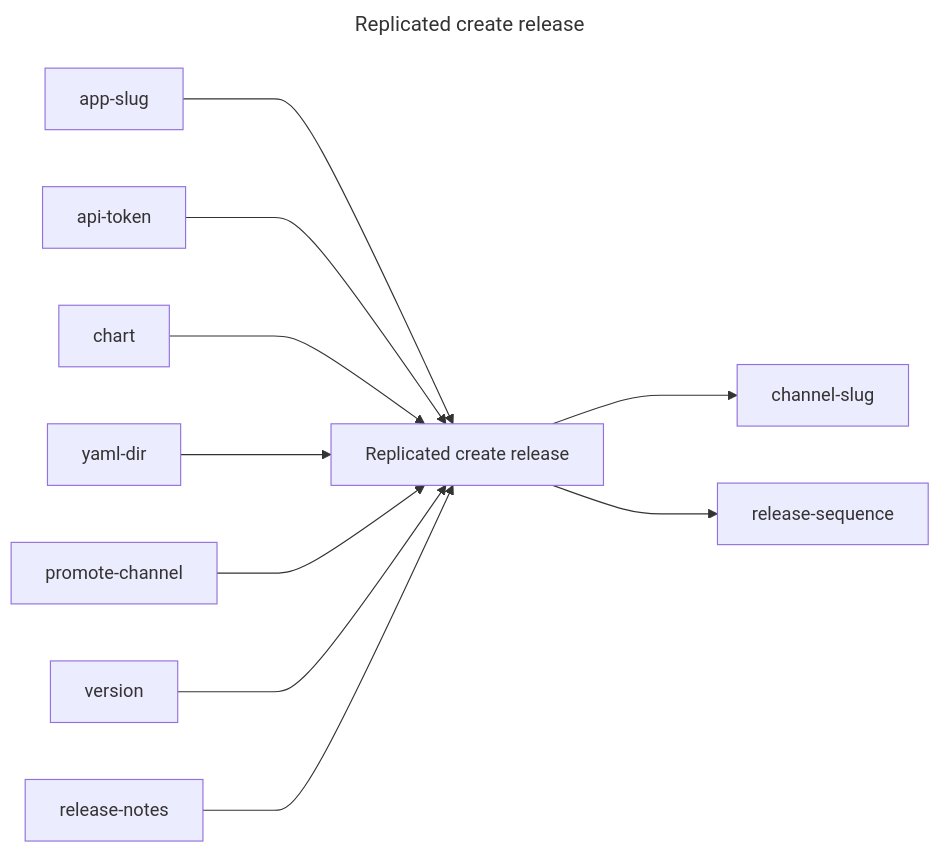
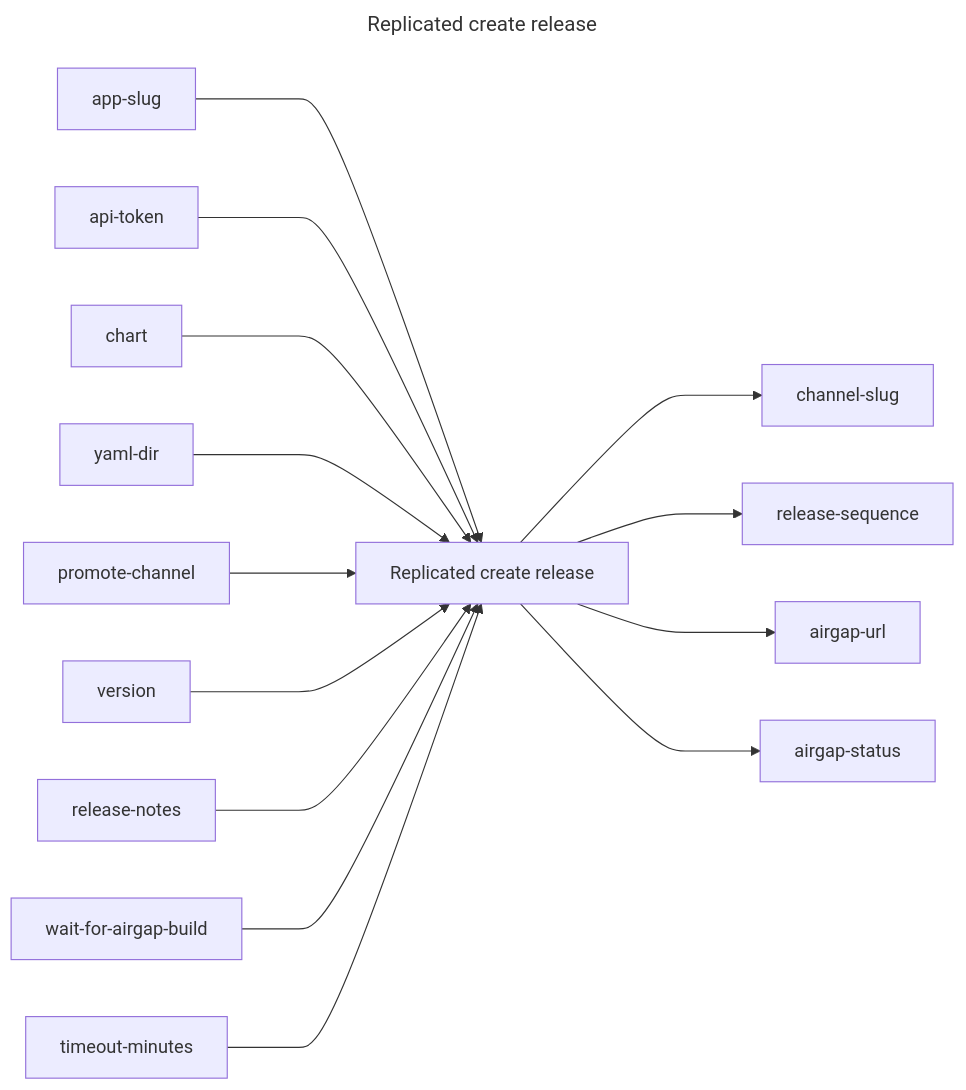
One commit to replicatedhq/replicated-actions changed the diagram in create-release/README.md. Above: the diagram before and after it, drawn with Mermaid. The commit also changed other lines of this file and 25 other files, not shown here.

First line of the commit message:
feat(create-release): add polling for status of airgap build enabled release (#80)

````diff
--- a/create-release/README.md
+++ b/create-release/README.md
@@ -3,25 +3,33 @@
 ```mermaid
 ---
 title: Replicated create release
 ---
 graph LR
 replicated_create_release["Replicated create release"]
 app_slug["app-slug"]
 api_token["api-token"]
 chart["chart"]
 yaml_dir["yaml-dir"]
 promote_channel["promote-channel"]
 version["version"]
 release_notes["release-notes"]
+wait_for_airgap_build["wait-for-airgap-build"]
+timeout_minutes["timeout-minutes"]
 channel_slug["channel-slug"]
 release_sequence["release-sequence"]
+airgap_url["airgap-url"]
+airgap_status["airgap-status"]
 app_slug ---> replicated_create_release
 api_token ---> replicated_create_release
 chart ---> replicated_create_release
 yaml_dir ---> replicated_create_release
 promote_channel ---> replicated_create_release
 version ---> replicated_create_release
 release_notes ---> replicated_create_release
+wait_for_airgap_build ---> replicated_create_release
+timeout_minutes ---> replicated_create_release
 replicated_create_release ---> channel_slug
 replicated_create_release ---> release_sequence
+replicated_create_release ---> airgap_url
+replicated_create_release ---> airgap_status
 ```
````
